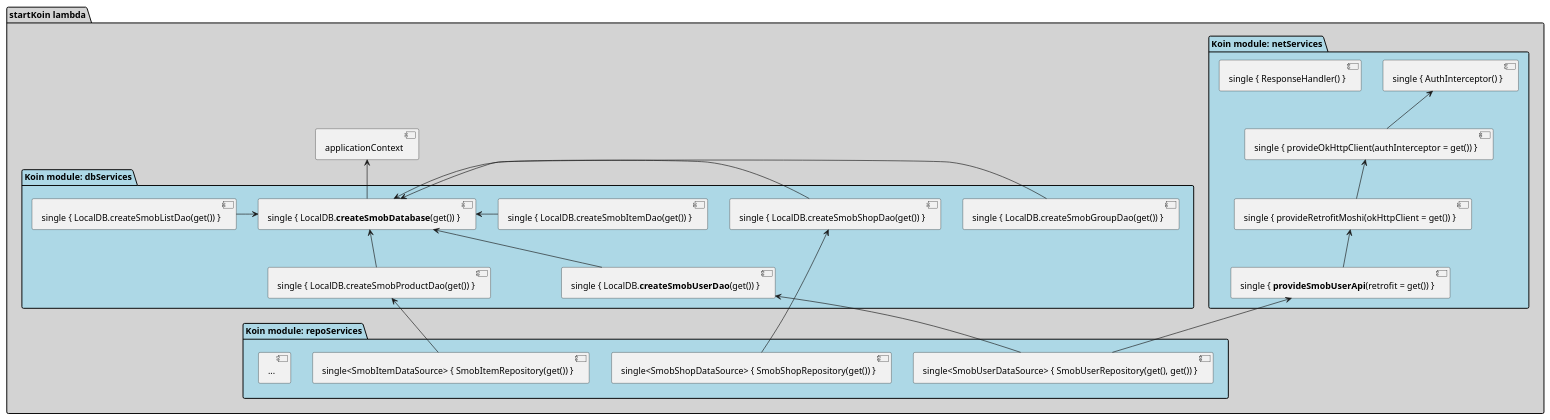
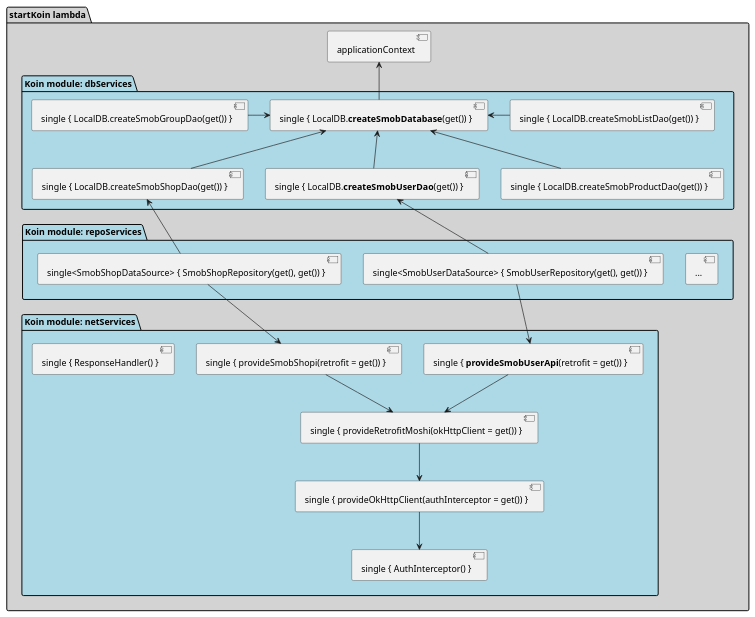
One commit to fwornle/ShopMob changed the diagram in doc/puml/modulesKoin.md. Above: the diagram before and after it, drawn with PlantUML. The commit also changed 1 other file, not shown here.

Commit message:
update service locator modules UML

````diff
--- a/doc/puml/modulesKoin.md
+++ b/doc/puml/modulesKoin.md
@@ -1,40 +1,36 @@
 ```plantuml
 @startuml
 package "startKoin lambda" #Lightgray {
 
     package "Koin module: dbServices" #Lightblue {
-        [single { LocalDB.createSmobItemDao(get()) }]          -left->    [single { LocalDB.**createSmobDatabase**(get()) }]
-        together {
-            [single { LocalDB.createSmobProductDao(get()) }]   -up->      [single { LocalDB.**createSmobDatabase**(get()) }]
-            [single { LocalDB.createSmobShopDao(get()) }]      -left->    [single { LocalDB.**createSmobDatabase**(get()) }]
-        }
-        [single { LocalDB.createSmobListDao(get()) }]          -right->   [single { LocalDB.**createSmobDatabase**(get()) }]
-        together {
-            [single { LocalDB.**createSmobUserDao**(get()) }]  -up->      [single { LocalDB.**createSmobDatabase**(get()) }]
-            [single { LocalDB.createSmobGroupDao(get()) }]     -right->   [single { LocalDB.**createSmobDatabase**(get()) }]
-        }
+        [single { LocalDB.createSmobProductDao(get()) }]   -up->      [single { LocalDB.**createSmobDatabase**(get()) }]
+        [single { LocalDB.createSmobShopDao(get()) }]      -up->    [single { LocalDB.**createSmobDatabase**(get()) }]
+        [single { LocalDB.createSmobListDao(get()) }]          -left->   [single { LocalDB.**createSmobDatabase**(get()) }]
+        [single { LocalDB.createSmobGroupDao(get()) }]     -right->   [single { LocalDB.**createSmobDatabase**(get()) }]
+        [single { LocalDB.**createSmobUserDao**(get()) }]  -up->      [single { LocalDB.**createSmobDatabase**(get()) }]
     }
 
     [applicationContext]<-down-[single { LocalDB.**createSmobDatabase**(get()) }]
 
     package "Koin module: netServices" #Lightblue {
         together {
             [single { AuthInterceptor() }]
-            [single { provideOkHttpClient(authInterceptor = get()) }]  -up->  [single { AuthInterceptor() }]
-            [single { provideRetrofitMoshi(okHttpClient = get()) }]    -up->  [single { provideOkHttpClient(authInterceptor = get()) }]
-            [single { **provideSmobUserApi**(retrofit = get()) }]      -up->  [single { provideRetrofitMoshi(okHttpClient = get()) }]
+            [single { provideOkHttpClient(authInterceptor = get()) }]  -down->  [single { AuthInterceptor() }]
+            [single { provideRetrofitMoshi(okHttpClient = get()) }]    -down->  [single { provideOkHttpClient(authInterceptor = get()) }]
+            [single { **provideSmobUserApi**(retrofit = get()) }]      -down->  [single { provideRetrofitMoshi(okHttpClient = get()) }]
+            [single { provideSmobShopi(retrofit = get()) }]            -down->  [single { provideRetrofitMoshi(okHttpClient = get()) }]
         }
         [single { ResponseHandler() }]
     }
 
     package "Koin module: repoServices" #Lightblue {
         together {
-            [single<SmobUserDataSource> { SmobUserRepository(get(), get()) }]  -up->  [single { LocalDB.**createSmobUserDao**(get()) }]
-            [single<SmobUserDataSource> { SmobUserRepository(get(), get()) }]  -up->  [single { **provideSmobUserApi**(retrofit = get()) }]
-            [single<SmobItemDataSource> { SmobItemRepository(get()) }]         -up->  [single { LocalDB.createSmobProductDao(get()) }]
-            [single<SmobShopDataSource> { SmobShopRepository(get()) }]         -up->  [single { LocalDB.createSmobShopDao(get()) }]
             [...]
+            [single<SmobUserDataSource> { SmobUserRepository(get(), get()) }]  -up->    [single { LocalDB.**createSmobUserDao**(get()) }]
+            [single<SmobUserDataSource> { SmobUserRepository(get(), get()) }]  -down->  [single { **provideSmobUserApi**(retrofit = get()) }]
+            [single<SmobShopDataSource> { SmobShopRepository(get(), get()) }]  -up->    [single { LocalDB.createSmobShopDao(get()) }]
+            [single<SmobShopDataSource> { SmobShopRepository(get(), get()) }]  -down->  [single { provideSmobShopi(retrofit = get()) }]
         }
     }
 @enduml
 ```
````
